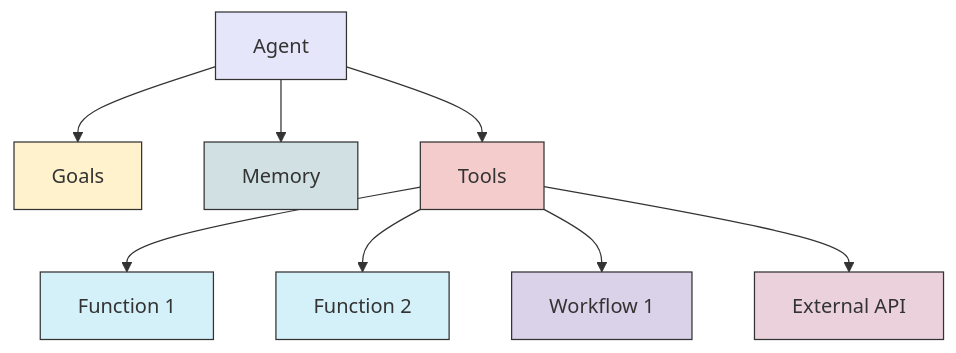
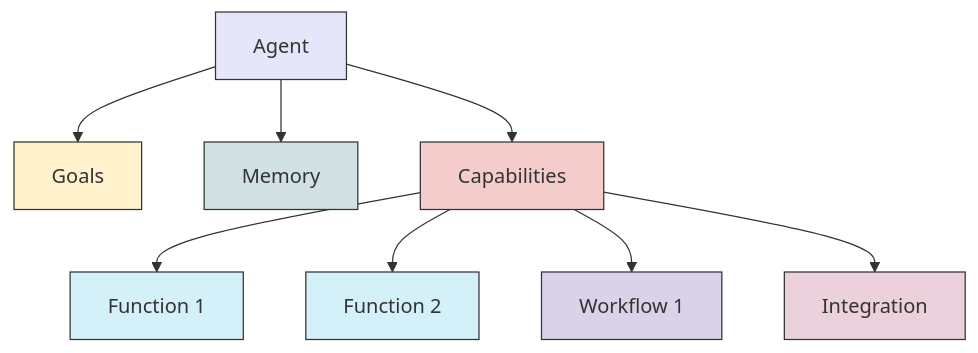
The fourth of 15 diagrams in ARCHITECTURE.md (drivly/ai), drawn with Mermaid before and after one commit. The commit also changed other lines of this file, not shown here.

Commit message:
docs: update ARCHITECTURE.md with current repository structure and terminology

````diff
--- a/ARCHITECTURE.md
+++ b/ARCHITECTURE.md
@@ -129,19 +129,19 @@
 ```mermaid
 graph TD
     Agent[Agent] --> Goals[Goals]
     Agent --> Memory[Memory]
-    Agent --> Tools[Tools]
-    Tools --> Function1[Function 1]
-    Tools --> Function2[Function 2]
-    Tools --> Workflow1[Workflow 1]
-    Tools --> ExternalAPI[External API]
+    Agent --> Capabilities[Capabilities]
+    Capabilities --> Function1[Function 1]
+    Capabilities --> Function2[Function 2]
+    Capabilities --> Workflow1[Workflow 1]
+    Capabilities --> Integration[Integration]
 
     style Agent fill:#e6e6fa,stroke:#333,stroke-width:1px
     style Goals fill:#fff2cc,stroke:#333,stroke-width:1px
     style Memory fill:#d0e0e3,stroke:#333,stroke-width:1px
-    style Tools fill:#f4cccc,stroke:#333,stroke-width:1px
+    style Capabilities fill:#f4cccc,stroke:#333,stroke-width:1px
     style Function1 fill:#d4f1f9,stroke:#333,stroke-width:1px
     style Function2 fill:#d4f1f9,stroke:#333,stroke-width:1px
     style Workflow1 fill:#d9d2e9,stroke:#333,stroke-width:1px
-    style ExternalAPI fill:#ead1dc,stroke:#333,stroke-width:1px
+    style Integration fill:#ead1dc,stroke:#333,stroke-width:1px
 ```
````
